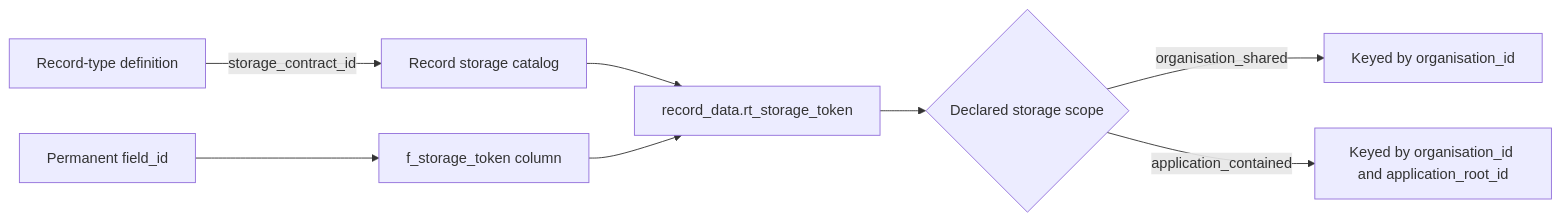
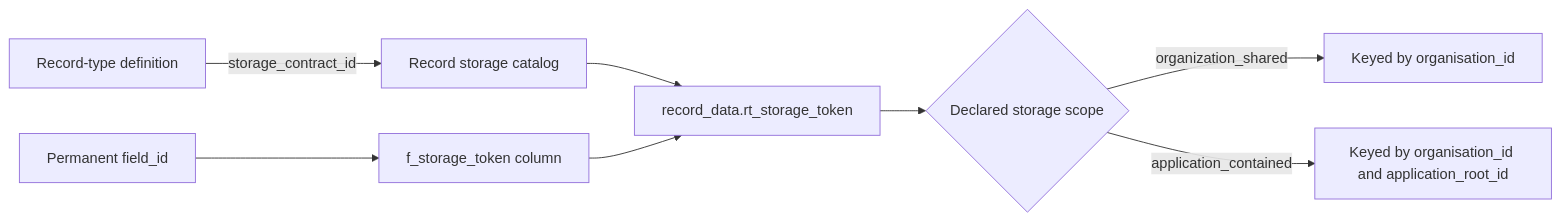
One commit to Abzum-NZ/Abzum-Vortex changed the fifth of 8 diagrams in docs/specification/17-runtime-storage-and-caching.md. Above: the diagram before and after it, drawn with Mermaid. The commit also changed 37 other files, not shown here.

````diff
--- a/docs/specification/17-runtime-storage-and-caching.md
+++ b/docs/specification/17-runtime-storage-and-caching.md
@@ -292,10 +292,10 @@
 ```mermaid
 flowchart LR
     DEF[Record-type definition] -->|storage_contract_id| CATALOG[Record storage catalog]
     CATALOG --> TABLE[record_data.rt_storage_token]
     TABLE --> SCOPE{Declared storage scope}
-    SCOPE -->|organisation_shared| ORG[Keyed by organisation_id]
+    SCOPE -->|organization_shared| ORG[Keyed by organisation_id]
     SCOPE -->|application_contained| APP[Keyed by organisation_id and application_root_id]
     FIELD[Permanent field_id] --> COLUMN[f_storage_token column]
     COLUMN --> TABLE
 ```
````
